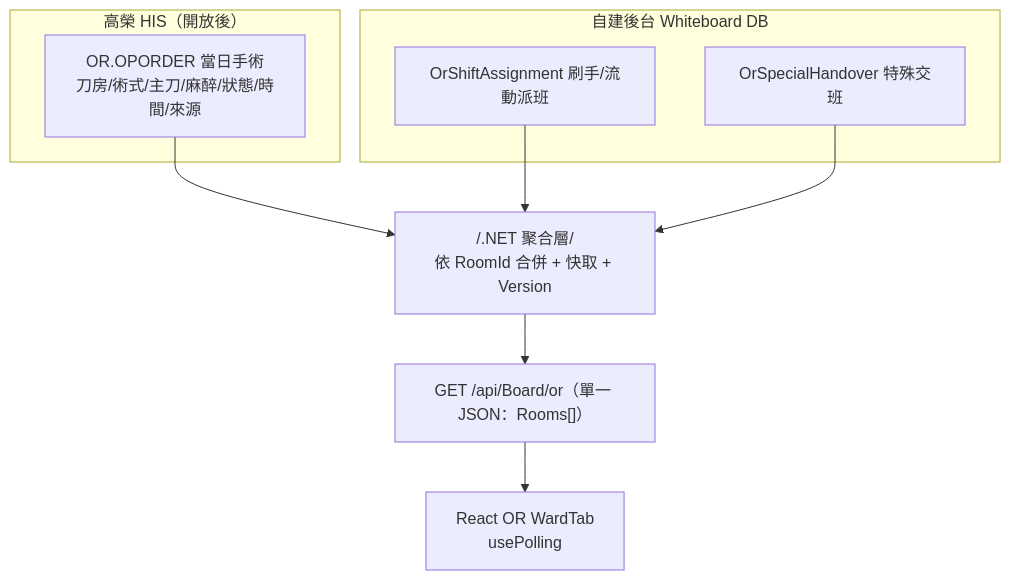
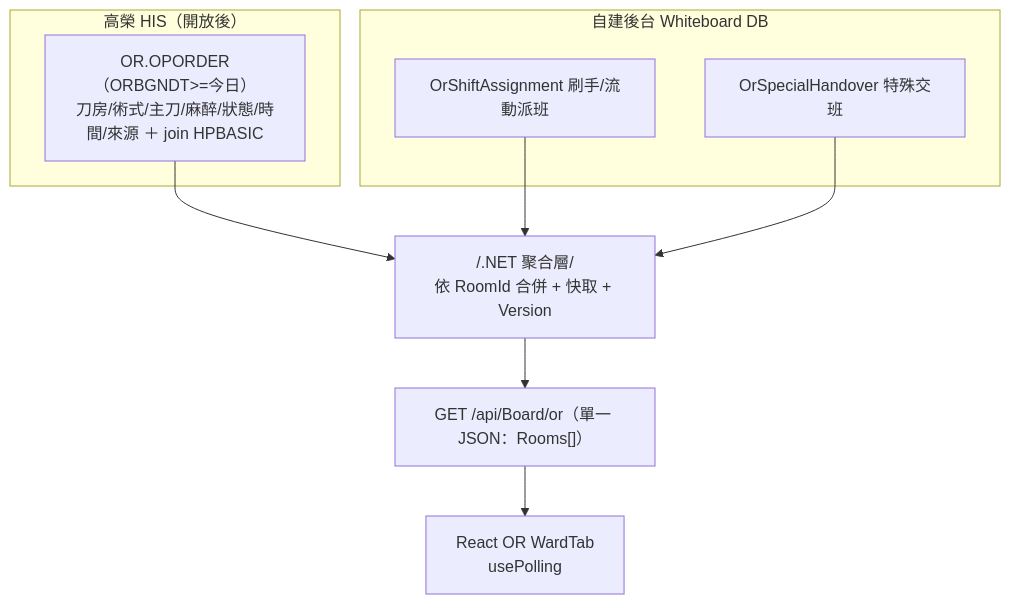
The diagram in Obsidian/kmsh/or/OR手術動態-JSON與組裝.md (s260401file/kmsh), drawn with Mermaid before and after one commit. The commit also changed other lines of this file and 9 other files, not shown here.

````diff
--- a/Obsidian/kmsh/or/OR手術動態-JSON與組裝.md
+++ b/Obsidian/kmsh/or/OR手術動態-JSON與組裝.md
@@ -61,16 +81,16 @@
 ```mermaid
 flowchart TD
   subgraph HIS["高榮 HIS（開放後）"]
-    OP["OR.OPORDER 當日手術<br/>刀房/術式/主刀/麻醉/狀態/時間/來源"]
+    OP["OR.OPORDER（ORBGNDT>=今日）<br/>刀房/術式/主刀/麻醉/狀態/時間/來源 ＋ join HPBASIC"]
   end
   subgraph SELF["自建後台 Whiteboard DB"]
     OSA["OrShiftAssignment 刷手/流動派班"]
     OSH["OrSpecialHandover 特殊交班"]
   end
   OP --> AGG
   OSA --> AGG
   OSH --> AGG
   AGG["/.NET 聚合層/<br/>依 RoomId 合併 + 快取 + Version"]
   AGG --> EP["GET /api/Board/or（單一 JSON：Rooms[]）"]
   EP --> FE["React OR WardTab<br/>usePolling"]
 ```
````
